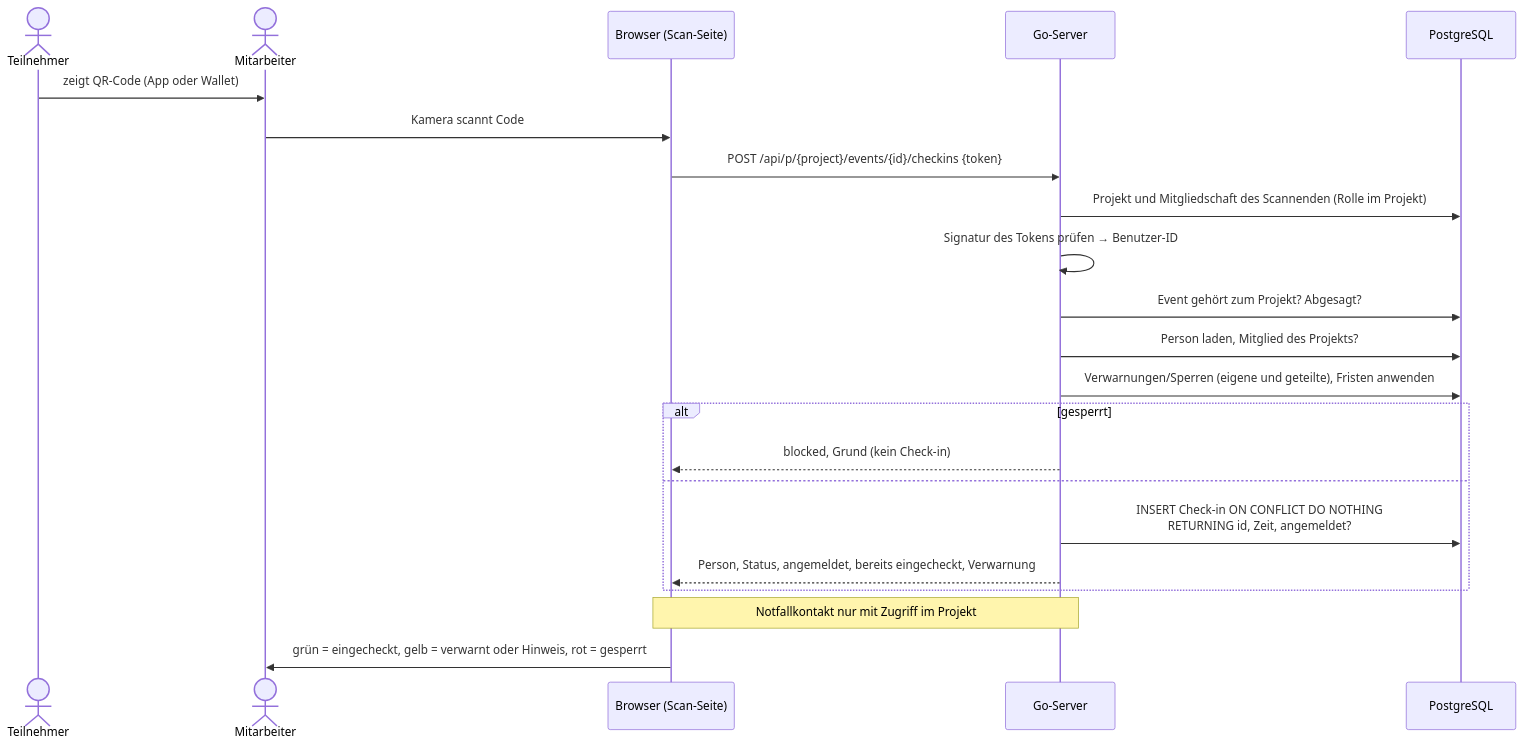
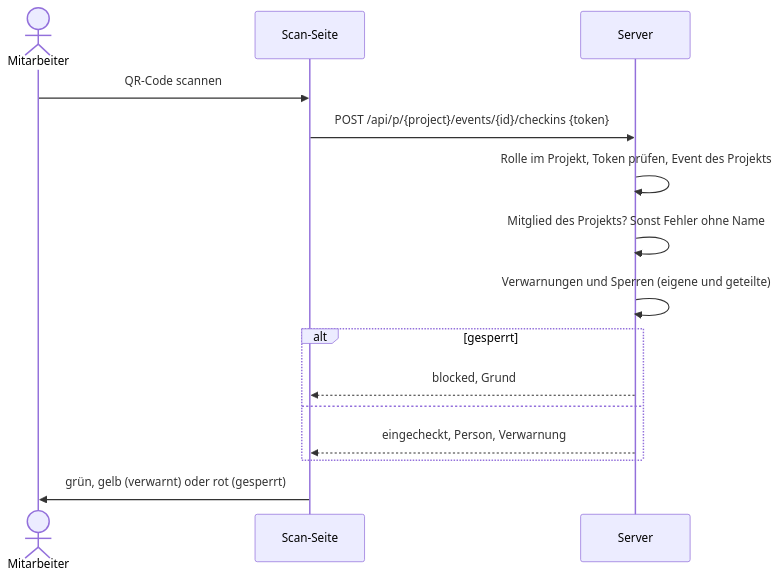
The fourth of 4 diagrams in docs/architektur.md (tribock/midnightsports), drawn with Mermaid before and after one commit. The commit also changed other lines of this file and 13 other files, not shown here.

````diff
--- a/docs/architektur.md
+++ b/docs/architektur.md
@@ -381,25 +172,18 @@
 ```mermaid
 sequenceDiagram
-    actor T as Teilnehmer
     actor M as Mitarbeiter
-    participant B as Browser (Scan-Seite)
-    participant S as Go-Server
-    participant DB as PostgreSQL
+    participant B as Scan-Seite
+    participant S as Server
 
-    T->>M: zeigt QR-Code (App oder Wallet)
-    M->>B: Kamera scannt Code
+    M->>B: QR-Code scannen
     B->>S: POST /api/p/{project}/events/{id}/checkins {token}
-    S->>DB: Projekt und Mitgliedschaft des Scannenden (Rolle im Projekt)
-    S->>S: Signatur des Tokens prüfen → Benutzer-ID
-    S->>DB: Event gehört zum Projekt? Abgesagt?
-    S->>DB: Person laden, Mitglied des Projekts?
-    S->>DB: Verwarnungen/Sperren (eigene und geteilte), Fristen anwenden
+    S->>S: Rolle im Projekt, Token prüfen, Event des Projekts
+    S->>S: Mitglied des Projekts? Sonst Fehler ohne Name
+    S->>S: Verwarnungen und Sperren (eigene und geteilte)
     alt gesperrt
-        S-->>B: blocked, Grund (kein Check-in)
+        S-->>B: blocked, Grund
     else
-        S->>DB: INSERT Check-in ON CONFLICT DO NOTHING<br/>RETURNING id, Zeit, angemeldet?
-        S-->>B: Person, Status, angemeldet, bereits eingecheckt, Verwarnung
+        S-->>B: eingecheckt, Person, Verwarnung
     end
-    Note over S,B: Notfallkontakt nur mit Zugriff im Projekt
-    B->>M: grün = eingecheckt, gelb = verwarnt oder Hinweis, rot = gesperrt
+    B->>M: grün, gelb (verwarnt) oder rot (gesperrt)
 ```
````
